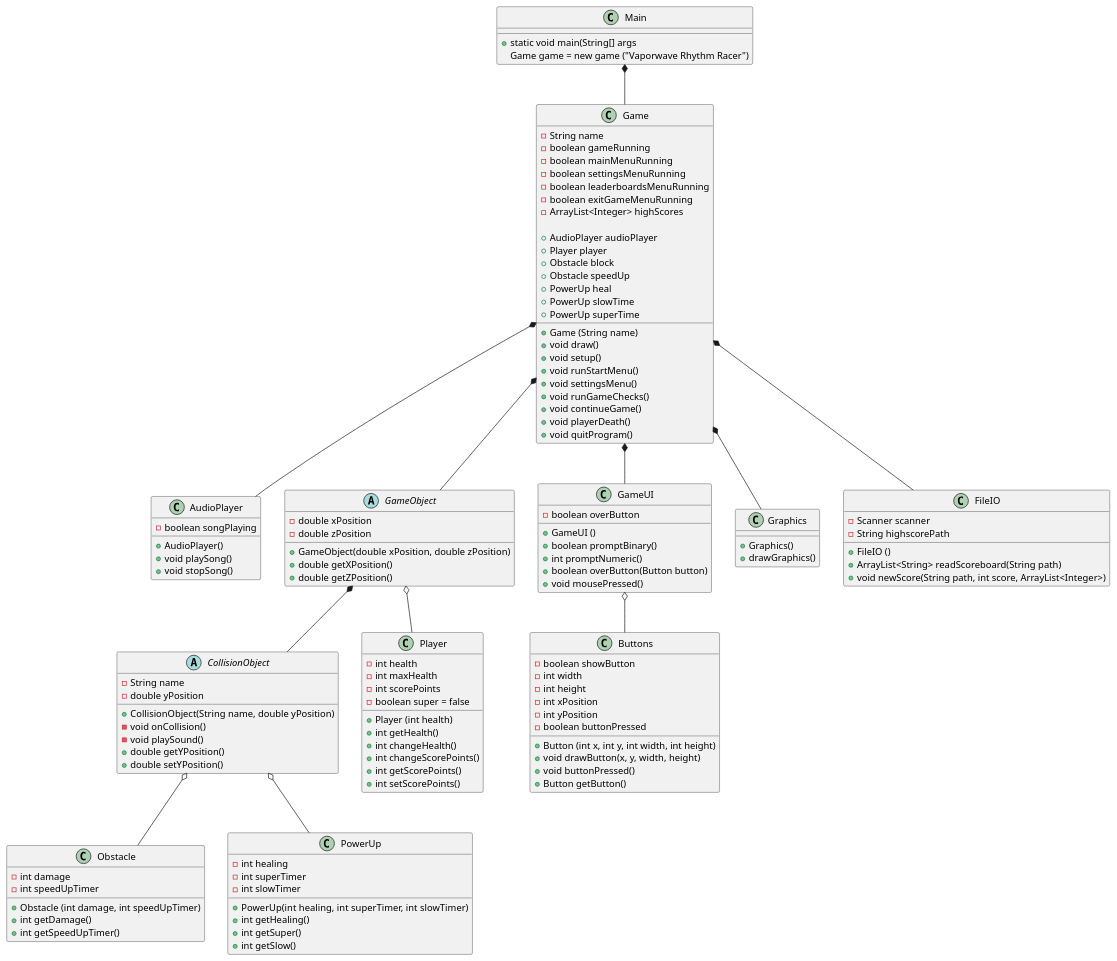
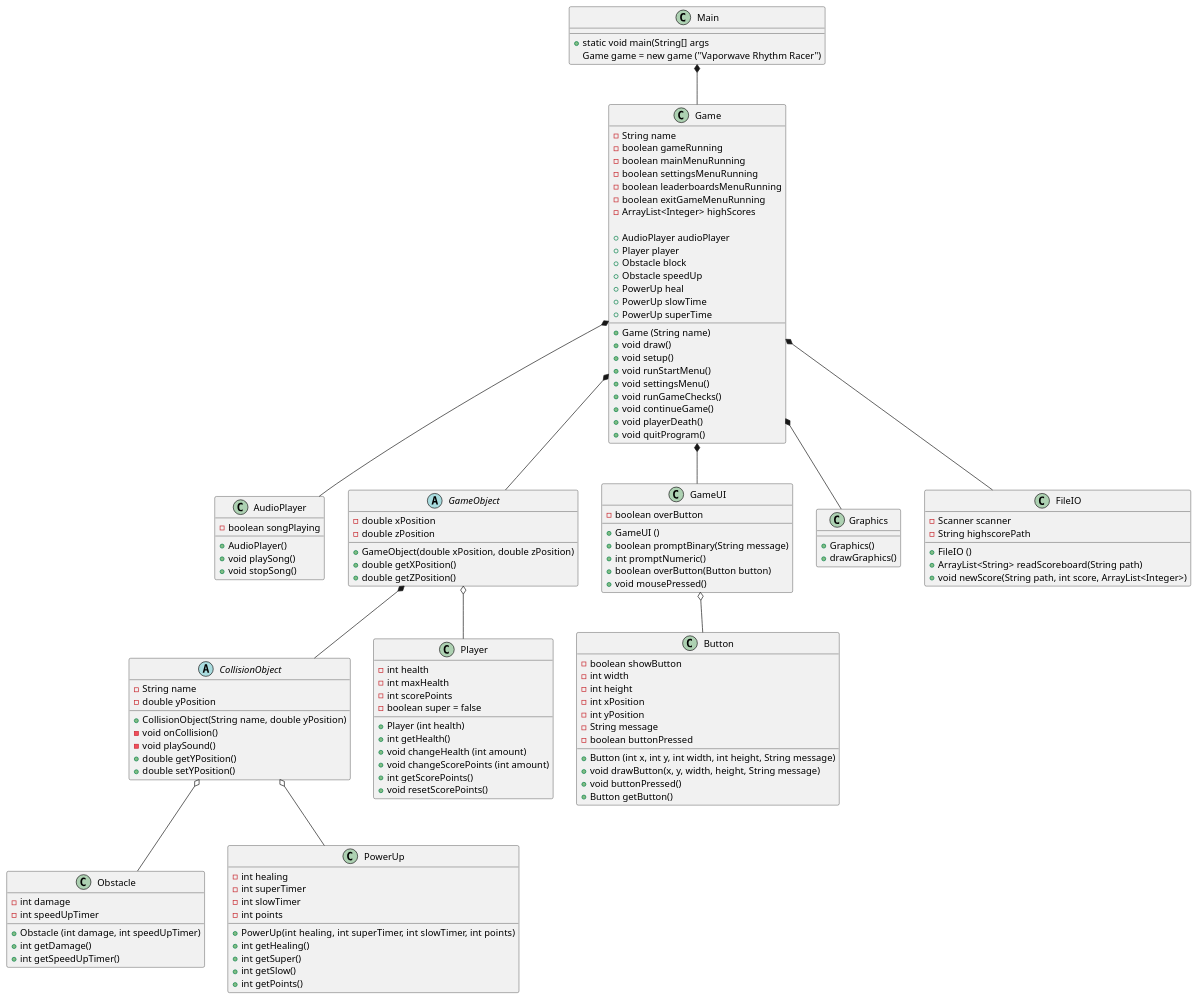
Before and after one commit to Gervig/Vaporwave-Rhythm-Racer: the diagram in doc/Plan/static/classdiagram.puml, drawn with PlantUML.

```diff
--- a/doc/Plan/static/classdiagram.puml
+++ b/doc/Plan/static/classdiagram.puml
@@ -1,177 +1,180 @@
 @startuml
 'https://plantuml.com/class-diagram
 
 class Main {
 + static void main(String[] args
 Game game = new game ("Vaporwave Rhythm Racer")
 }
 
 class Game {
 - String name
 - boolean gameRunning
 - boolean mainMenuRunning
 - boolean settingsMenuRunning
 - boolean leaderboardsMenuRunning
 - boolean exitGameMenuRunning
 'maybe use tree map
 - ArrayList<Integer> highScores
 
 'objects
 + AudioPlayer audioPlayer
 + Player player
 + Obstacle block
 + Obstacle speedUp
 + PowerUp heal
 + PowerUp slowTime
 + PowerUp superTime
 
 
 'constructor
 + Game (String name)
 + void draw()
 + void setup()
 + void runStartMenu()
 + void settingsMenu()
 'checks for player collisions
 + void runGameChecks()
 + void continueGame()
 + void playerDeath()
 + void quitProgram()
 }
 
 'extra feature for later
 class AudioPlayer{
 - boolean songPlaying
 
 'constructor
 + AudioPlayer()
 + void playSong()
 + void stopSong()
 }
 
 'creates different obstacles
 abstract class GameObject{
 - double xPosition
 - double zPosition
 
 'constructor
 + GameObject(double xPosition, double zPosition)
 + double getXPosition()
 + double getZPosition()
 }
 
 abstract class CollisionObject{
 - String name
 - double yPosition
 
 'constructor
 + CollisionObject(String name, double yPosition)
 - void onCollision()
 - void playSound()
 + double getYPosition()
 + double setYPosition()
 }
 
 'handles the player's input
 class Player{
 - int health
 - int maxHealth
 - int scorePoints
 - boolean super = false
 
 'constructor, set players health to 3 or w/e we want in the constructor & maxHealth
 + Player (int health)
 + int getHealth()
-+ int changeHealth()
-+ int changeScorePoints()
++ void changeHealth (int amount)
++ void changeScorePoints (int amount)
 + int getScorePoints()
-+ int setScorePoints()
++ void resetScorePoints()
 }
 
 class Obstacle{
 - int damage
 - int speedUpTimer
 
 'constructor
 + Obstacle (int damage, int speedUpTimer)
 + int getDamage()
 + int getSpeedUpTimer()
 '- boolean moreObstacles    adds more obstacles to the game for a short time
 '- int moreObstaclesTimer
 '- boolean hacked   add stuff to the screen that makes it hard to see the game
 '- int hackedTimer
 }
 
 class PowerUp{
 - int healing
 - int superTimer
 - int slowTimer
+- int points
 
 'constructor
-+ PowerUp(int healing, int superTimer, int slowTimer)
++ PowerUp(int healing, int superTimer, int slowTimer, int points)
 + int getHealing()
 + int getSuper()
 + int getSlow()
++ int getPoints()
 }
 
 
 'creates buttons and general UI for the user to interact with
 class GameUI{
 - boolean overButton
 
 'constructor
 + GameUI ()
-+ boolean promptBinary()
++ boolean promptBinary(String message)
 + int promptNumeric()
 + boolean overButton(Button button)
 + void mousePressed()
 '+ void createSlider()      check processing "Handles" example
 }
 
-class Buttons{
+class Button{
 - boolean showButton
 - int width
 - int height
 - int xPosition
 - int yPosition
+- String message
 - boolean buttonPressed
 
 'constructor
-+ Button (int x, int y, int width, int height)
-+ void drawButton(x, y, width, height)
++ Button (int x, int y, int width, int height, String message)
++ void drawButton(x, y, width, height, String message)
 + void buttonPressed()
 + Button getButton()
 }
 
 class Graphics{
 
 'constructor
 + Graphics()
 + drawGraphics()
 }
 
 'handles highscores
 class FileIO{
 - Scanner scanner
 - String highscorePath
 
 'constructor
 + FileIO ()
 ' use treeMap to sort list, so that the highest highscore gets displayed in the top
 + ArrayList<String> readScoreboard(String path)
 + void newScore(String path, int score, ArrayList<Integer>)
 }
 
 Main *-- Game
 Game *-- FileIO
 Game *-- GameUI
 Game *-- GameObject
 Game *-- Graphics
 Game *-- AudioPlayer
 GameObject o-- Player
 GameObject *-- CollisionObject
 CollisionObject o-- Obstacle
 CollisionObject o-- PowerUp
-GameUI o-- Buttons
+GameUI o-- Button
 
 @enduml
```
